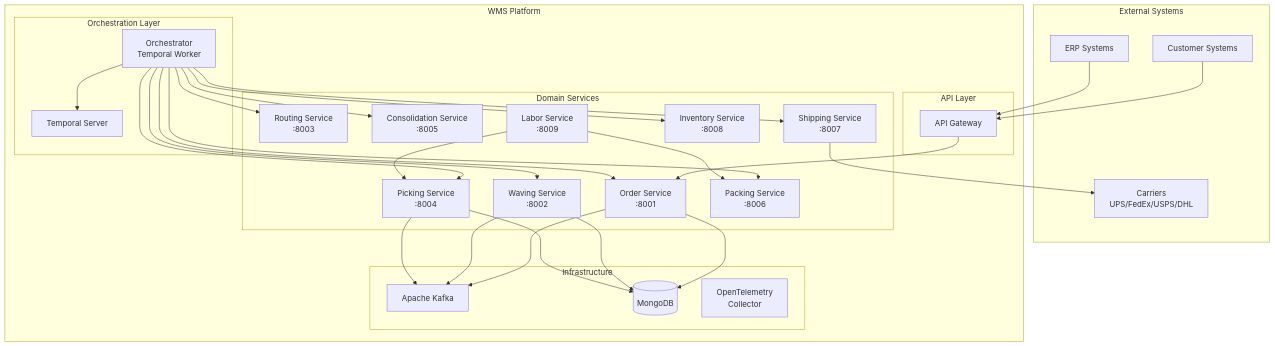
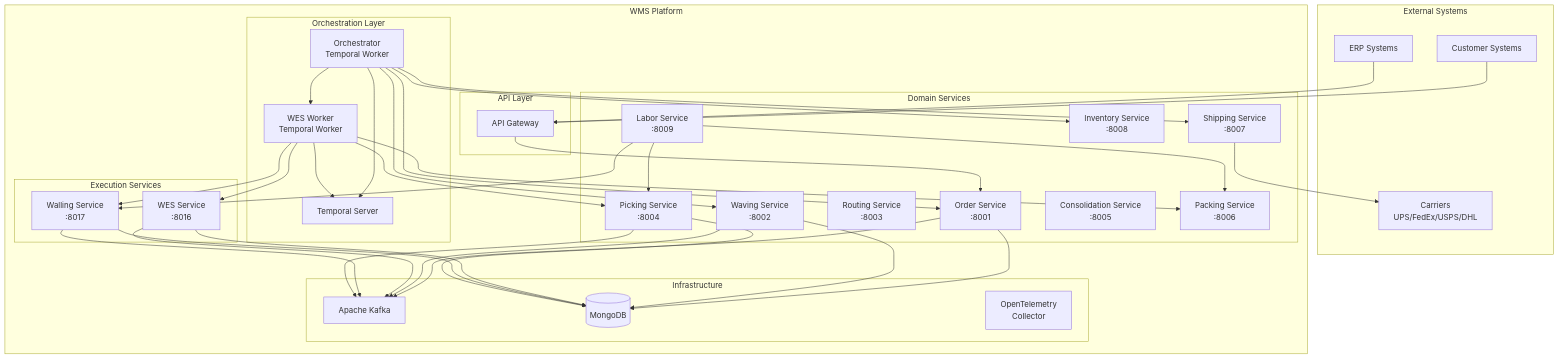
Before and after one commit to temporal-wms/wms-platform: the first of 4 diagrams in ecosystem-documentation/docs/architecture/overview.md, drawn with Mermaid. The commit also changed other lines of this file and 23 other files, not shown here.

First line of the commit message:
fix: add walling-service and wes-service to deployment pipeline

````diff
--- a/ecosystem-documentation/docs/architecture/overview.md
+++ b/ecosystem-documentation/docs/architecture/overview.md
@@ -11,62 +11,77 @@
 ```mermaid
 graph TB
     subgraph "External Systems"
         Customer[Customer Systems]
         Carrier[Carriers<br/>UPS/FedEx/USPS/DHL]
         ERP[ERP Systems]
     end
 
     subgraph "WMS Platform"
         subgraph "API Layer"
             Gateway[API Gateway]
         end
 
         subgraph "Orchestration Layer"
             Temporal[Temporal Server]
             Orchestrator[Orchestrator<br/>Temporal Worker]
+            WESWorker[WES Worker<br/>Temporal Worker]
         end
 
         subgraph "Domain Services"
             Order[Order Service<br/>:8001]
             Waving[Waving Service<br/>:8002]
             Routing[Routing Service<br/>:8003]
             Picking[Picking Service<br/>:8004]
             Consolidation[Consolidation Service<br/>:8005]
             Packing[Packing Service<br/>:8006]
             Shipping[Shipping Service<br/>:8007]
             Inventory[Inventory Service<br/>:8008]
             Labor[Labor Service<br/>:8009]
         end
 
+        subgraph "Execution Services"
+            WES[WES Service<br/>:8016]
+            Walling[Walling Service<br/>:8017]
+        end
+
         subgraph "Infrastructure"
             Kafka[Apache Kafka]
             MongoDB[(MongoDB)]
             OTEL[OpenTelemetry<br/>Collector]
         end
     end
 
     Customer --> Gateway
     ERP --> Gateway
     Gateway --> Order
 
     Orchestrator --> Temporal
+    WESWorker --> Temporal
+    Orchestrator --> WESWorker
+
+    WESWorker --> WES
+    WESWorker --> Walling
+    WESWorker --> Picking
+    WESWorker --> Packing
+
     Orchestrator --> Order
     Orchestrator --> Waving
-    Orchestrator --> Routing
-    Orchestrator --> Picking
-    Orchestrator --> Consolidation
-    Orchestrator --> Packing
     Orchestrator --> Shipping
     Orchestrator --> Inventory
 
     Order --> Kafka
     Order --> MongoDB
     Waving --> Kafka
     Waving --> MongoDB
+    WES --> Kafka
+    WES --> MongoDB
+    Walling --> Kafka
+    Walling --> MongoDB
     Picking --> Kafka
     Picking --> MongoDB
     Shipping --> Carrier
 
     Labor --> Picking
     Labor --> Packing
+    Labor --> Walling
 ```
````
